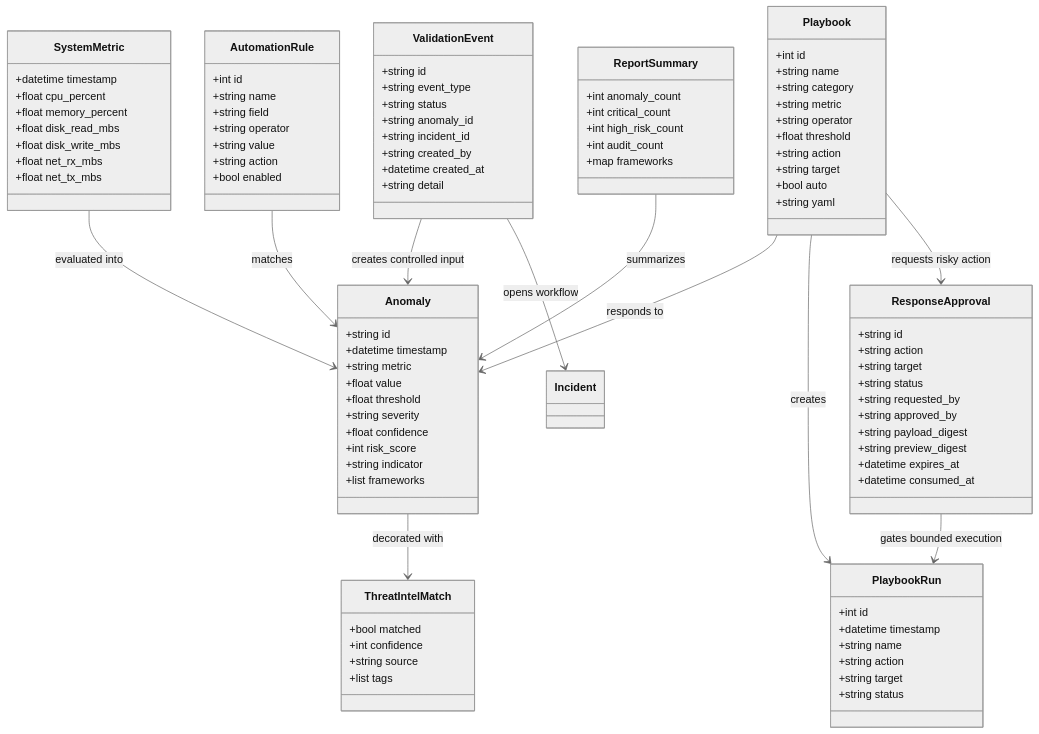
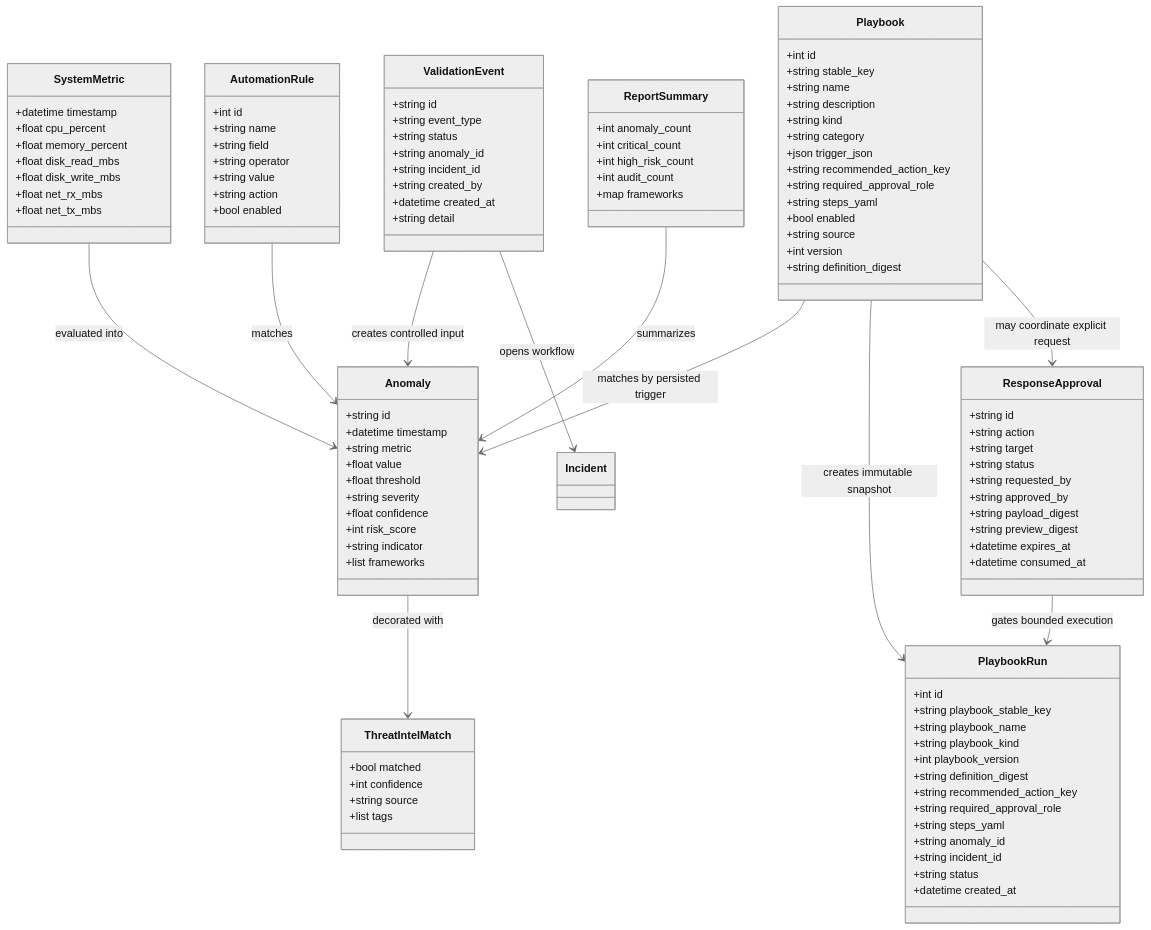
Before and after one commit to Ryner88/Sysethic: the second of 30 diagrams in docs/uml-diagrams.md, drawn with Mermaid (neutral theme). The commit also changed other lines of this file and 8 other files, not shown here.

Commit message:
Add persisted operational playbook workflow

````diff
--- a/docs/uml-diagrams.md
+++ b/docs/uml-diagrams.md
@@ -109,24 +109,35 @@
 
     class Playbook {
         +int id
+        +string stable_key
         +string name
+        +string description
+        +string kind
         +string category
-        +string metric
-        +string operator
-        +float threshold
-        +string action
-        +string target
-        +bool auto
-        +string yaml
+        +json trigger_json
+        +string recommended_action_key
+        +string required_approval_role
+        +string steps_yaml
+        +bool enabled
+        +string source
+        +int version
+        +string definition_digest
     }
 
     class PlaybookRun {
         +int id
-        +datetime timestamp
-        +string name
-        +string action
-        +string target
+        +string playbook_stable_key
+        +string playbook_name
+        +string playbook_kind
+        +int playbook_version
+        +string definition_digest
+        +string recommended_action_key
+        +string required_approval_role
+        +string steps_yaml
+        +string anomaly_id
+        +string incident_id
         +string status
+        +datetime created_at
     }
 
     class ResponseApproval {
@@ -155,9 +166,9 @@
     AutomationRule --> Anomaly : matches
     ValidationEvent --> Anomaly : creates controlled input
     ValidationEvent --> Incident : opens workflow
-    Playbook --> Anomaly : responds to
-    Playbook --> PlaybookRun : creates
-    Playbook --> ResponseApproval : requests risky action
+    Playbook --> Anomaly : matches by persisted trigger
+    Playbook --> PlaybookRun : creates immutable snapshot
+    Playbook --> ResponseApproval : may coordinate explicit request
     ResponseApproval --> PlaybookRun : gates bounded execution
     ReportSummary --> Anomaly : summarizes
 ```
````
